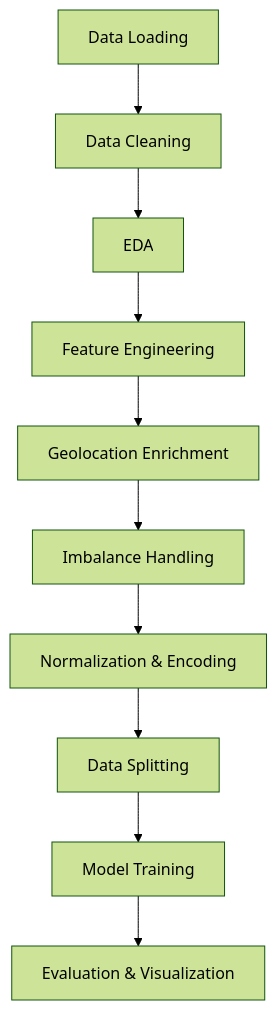
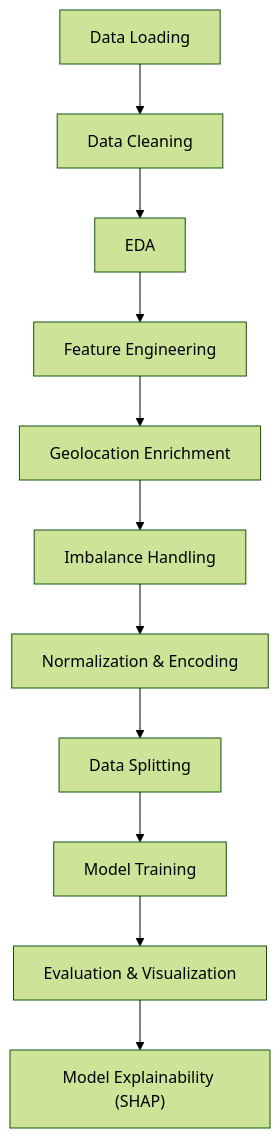
The diagram in README.md (wondifraw/fraud-detection-for-e-commerce-and-bank-transactions), drawn with Mermaid (forest theme) before and after one commit.

Commit message:
docs: Update README to include model explainability step in the pipeline, highlighting the addition of SHAP for enhanced interpretability of model predictions

````diff
--- a/README.md
+++ b/README.md
@@ -33,12 +33,13 @@
 ```mermaid
 graph TD
     A["Data Loading"] --> B["Data Cleaning"]
     B --> C["EDA"]
     C --> D["Feature Engineering"]
     D --> E["Geolocation Enrichment"]
     E --> F["Imbalance Handling"]
     F --> G["Normalization & Encoding"]
     G --> H["Data Splitting"]
     H --> I["Model Training"]
     I --> J["Evaluation & Visualization"]
+    J --> K["Model Explainability (SHAP)"]
 ```
````
